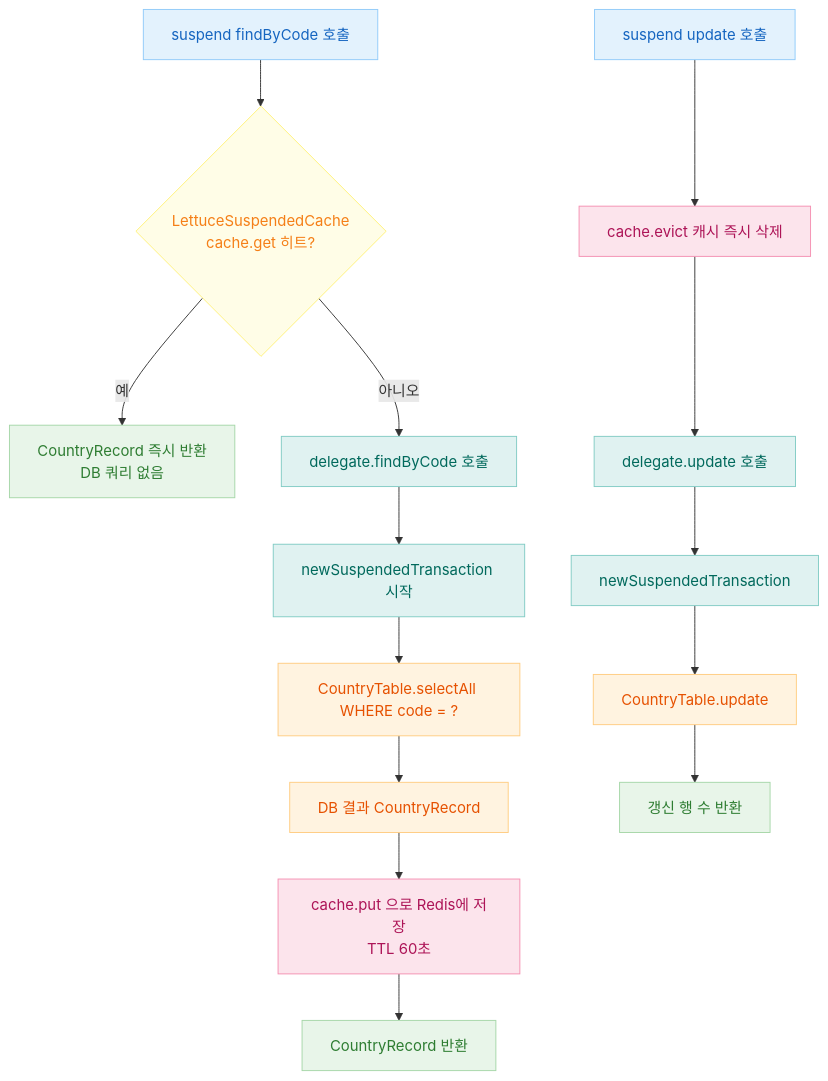
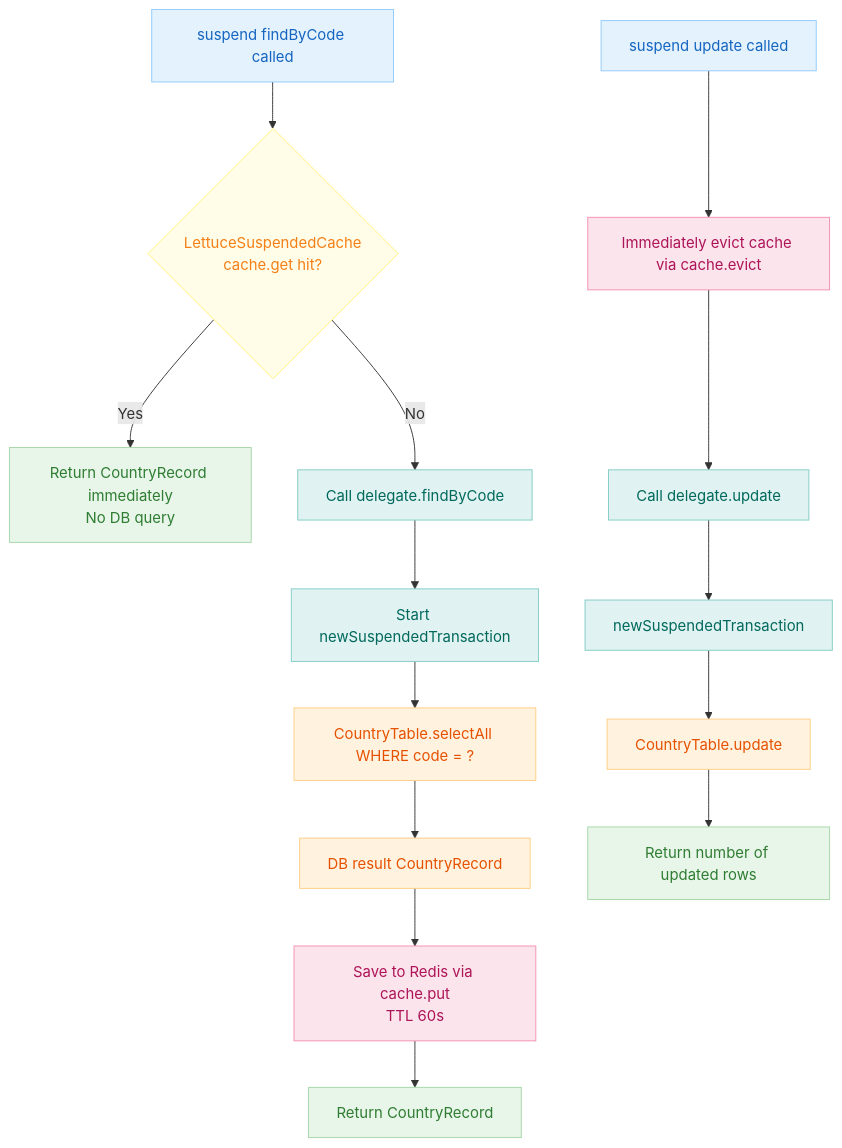
The third of 4 diagrams in 09-spring/07-spring-suspended-cache/README.md (bluetape4k/exposed-workshop), drawn with Mermaid before and after one commit. The commit also changed other lines of this file and 115 other files, not shown here.

````diff
--- a/09-spring/07-spring-suspended-cache/README.md
+++ b/09-spring/07-spring-suspended-cache/README.md
@@ -173,31 +173,31 @@
 ```mermaid
 flowchart TD
-    A[suspend findByCode 호출] --> B{LettuceSuspendedCache\ncache.get 히트?}
-    B -- 예 --> C[CountryRecord 즉시 반환\nDB 쿼리 없음]
-    B -- 아니오 --> D[delegate.findByCode 호출]
-    D --> E[newSuspendedTransaction 시작]
+    A[suspend findByCode called] --> B{LettuceSuspendedCache\ncache.get hit?}
+    B -- Yes --> C[Return CountryRecord immediately\nNo DB query]
+    B -- No --> D[Call delegate.findByCode]
+    D --> E[Start newSuspendedTransaction]
     E --> F[CountryTable.selectAll WHERE code = ?]
-    F --> G[DB 결과 CountryRecord]
-    G --> H[cache.put 으로 Redis에 저장\nTTL 60초]
-    H --> I[CountryRecord 반환]
+    F --> G[DB result CountryRecord]
+    G --> H[Save to Redis via cache.put\nTTL 60s]
+    H --> I[Return CountryRecord]
 
-    J[suspend update 호출] --> K[cache.evict 캐시 즉시 삭제]
-    K --> L[delegate.update 호출]
+    J[suspend update called] --> K[Immediately evict cache via cache.evict]
+    K --> L[Call delegate.update]
     L --> M[newSuspendedTransaction]
     M --> N[CountryTable.update]
-    N --> O[갱신 행 수 반환]
+    N --> O[Return number of updated rows]
 
     classDef blue fill:#E3F2FD,stroke:#90CAF9,color:#1565C0
     classDef green fill:#E8F5E9,stroke:#A5D6A7,color:#2E7D32
     classDef orange fill:#FFF3E0,stroke:#FFCC80,color:#E65100
     classDef pink fill:#FCE4EC,stroke:#F48FB1,color:#AD1457
     classDef yellow fill:#FFFDE7,stroke:#FFF176,color:#F57F17
     classDef teal fill:#E0F2F1,stroke:#80CBC4,color:#00695C
 
     class A,J blue
     class B yellow
     class C,I,O green
     class D,E,L,M teal
     class F,G,N orange
     class H,K pink
 ```
````
